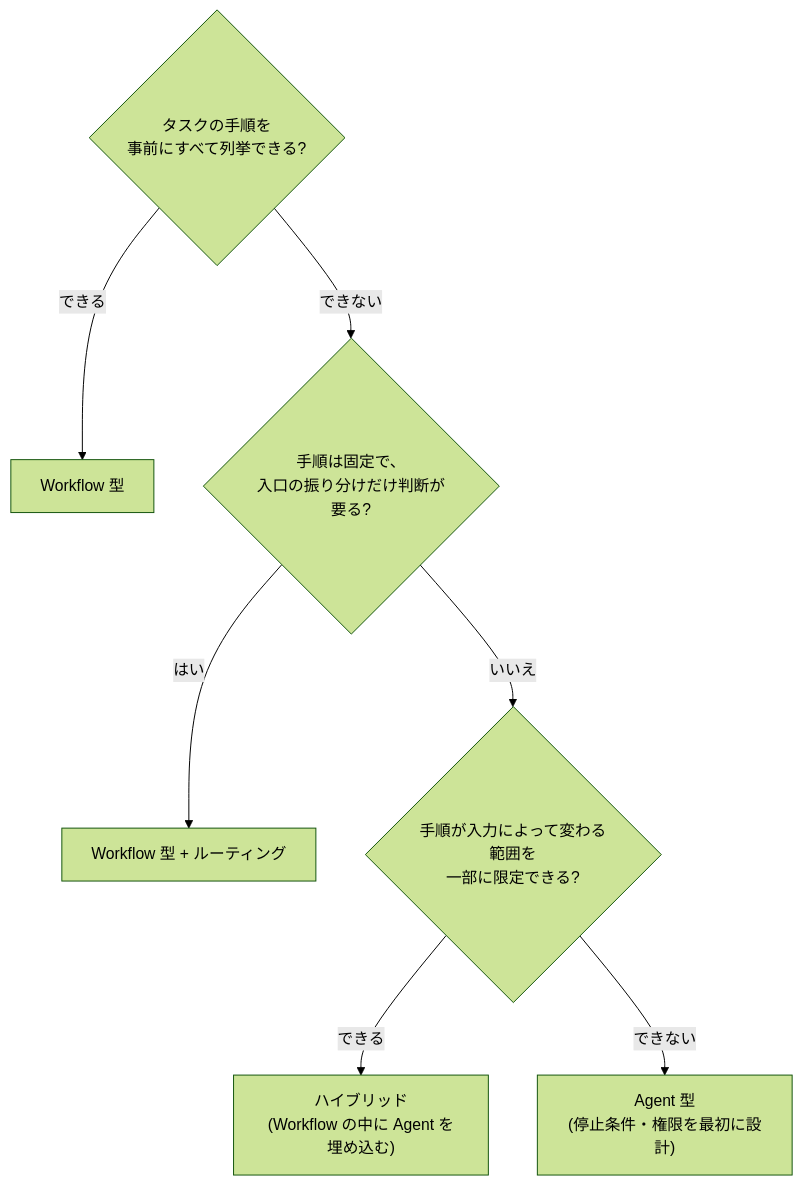
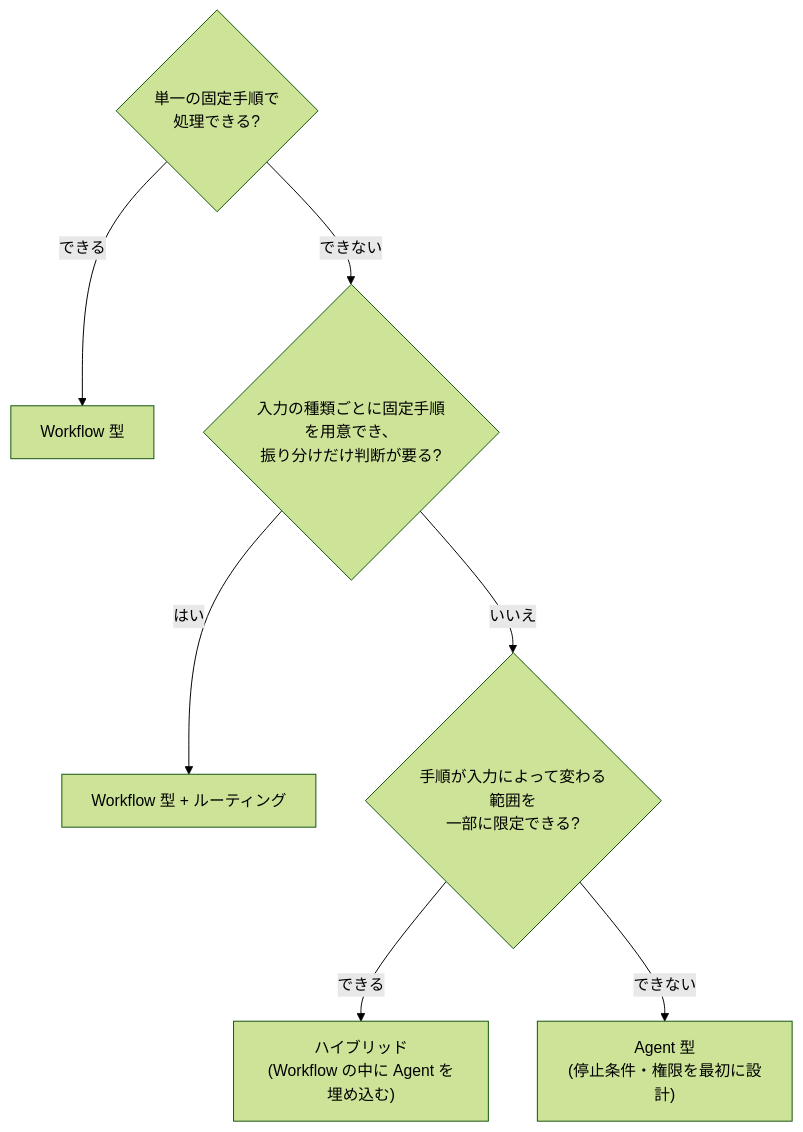
The diagram in docs/02-architecture/workflow-vs-agent.md (pero3dev/ai-agent-library), drawn with Mermaid (forest theme) before and after one commit. The commit also changed other lines of this file and 278 other files, not shown here.

````diff
--- a/docs/02-architecture/workflow-vs-agent.md
+++ b/docs/02-architecture/workflow-vs-agent.md
@@ -49,9 +49,9 @@
 ```mermaid
 flowchart TD
-    Q1{"タスクの手順を<br/>事前にすべて列挙できる?"} -- "できる" --> W["Workflow 型"]
-    Q1 -- "できない" --> Q2{"手順は固定で、<br/>入口の振り分けだけ判断が要る?"}
+    Q1{"単一の固定手順で<br/>処理できる?"} -- "できる" --> W["Workflow 型"]
+    Q1 -- "できない" --> Q2{"入力の種類ごとに固定手順を用意でき、<br/>振り分けだけ判断が要る?"}
     Q2 -- "はい" --> R["Workflow 型 + ルーティング"]
     Q2 -- "いいえ" --> Q3{"手順が入力によって変わる範囲を<br/>一部に限定できる?"}
     Q3 -- "できる" --> H["ハイブリッド<br/>(Workflow の中に Agent を埋め込む)"]
     Q3 -- "できない" --> A["Agent 型<br/>(停止条件・権限を最初に設計)"]
 ```
````
